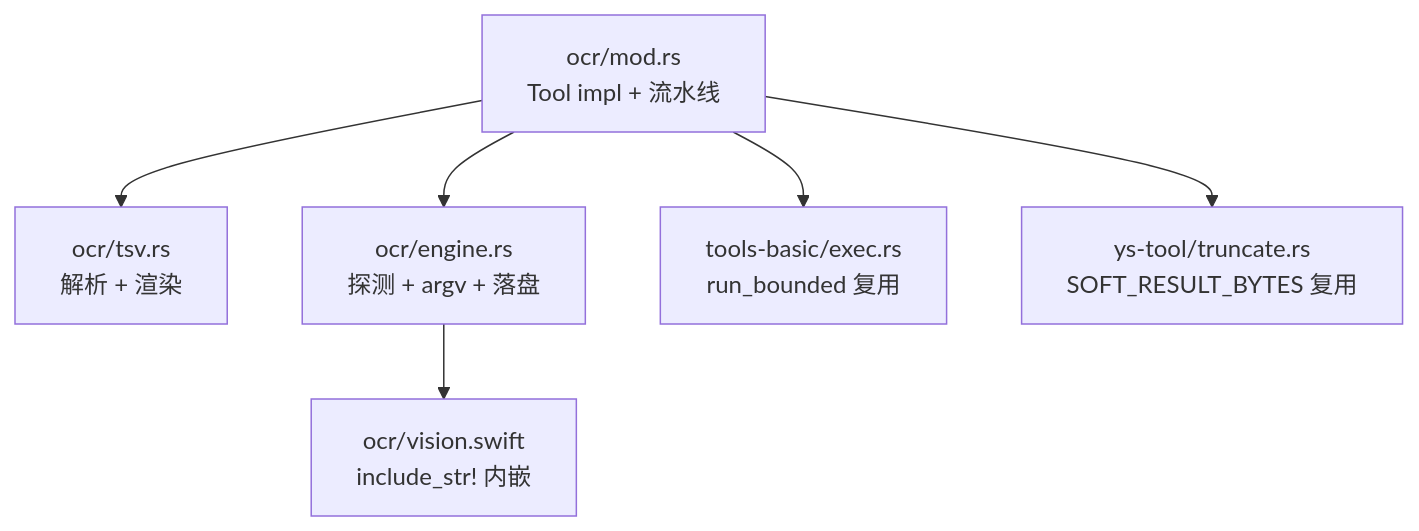
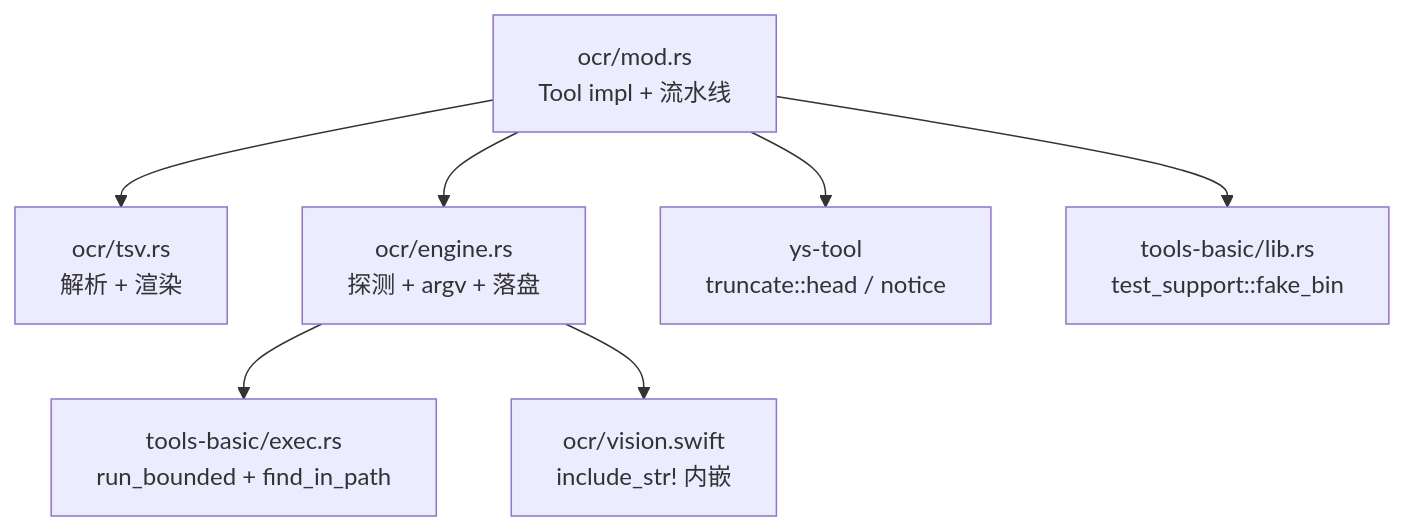
One commit to zsdfbb/YuShan changed the diagram in docs/arch/ocr-tool/design.md. Above: the diagram before and after it, drawn with Mermaid. The commit also changed other lines of this file and 3 other files, not shown here.

````diff
--- a/docs/arch/ocr-tool/design.md
+++ b/docs/arch/ocr-tool/design.md
@@ -15,8 +17,9 @@
 ```mermaid
 graph TD
   T[ocr/mod.rs<br/>Tool impl + 流水线] --> R[ocr/tsv.rs<br/>解析 + 渲染]
   T --> E[ocr/engine.rs<br/>探测 + argv + 落盘]
+  E --> D[tools-basic/exec.rs<br/>run_bounded + find_in_path]
   E --> V[ocr/vision.swift<br/>include_str! 内嵌]
-  T --> X[tools-basic/exec.rs<br/>run_bounded 复用]
-  T --> TY[ys-tool/truncate.rs<br/>SOFT_RESULT_BYTES 复用]
+  T --> N[ys-tool<br/>truncate::head / notice]
+  T --> G[tools-basic/lib.rs<br/>test_support::fake_bin]
 ```
````
